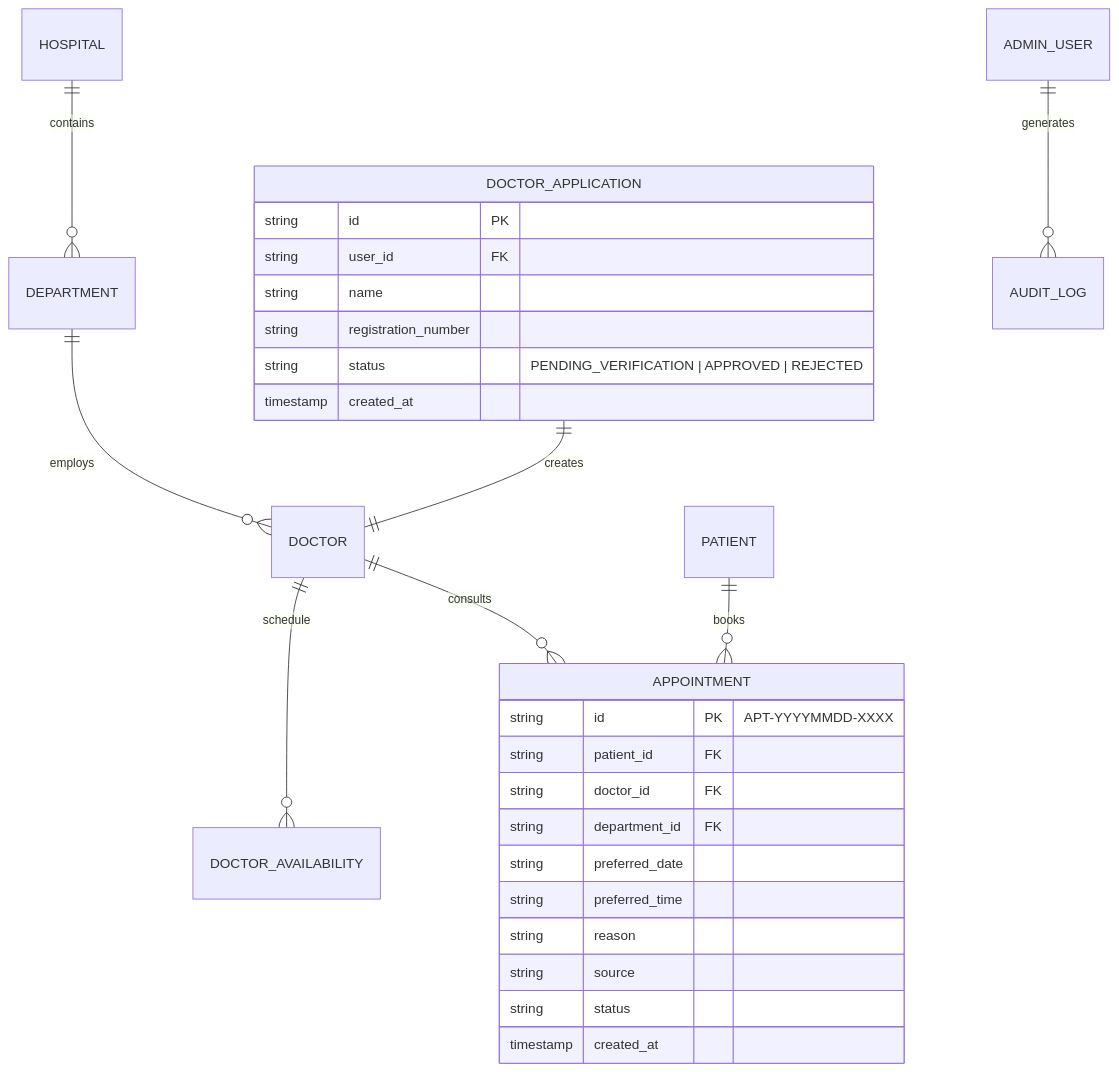
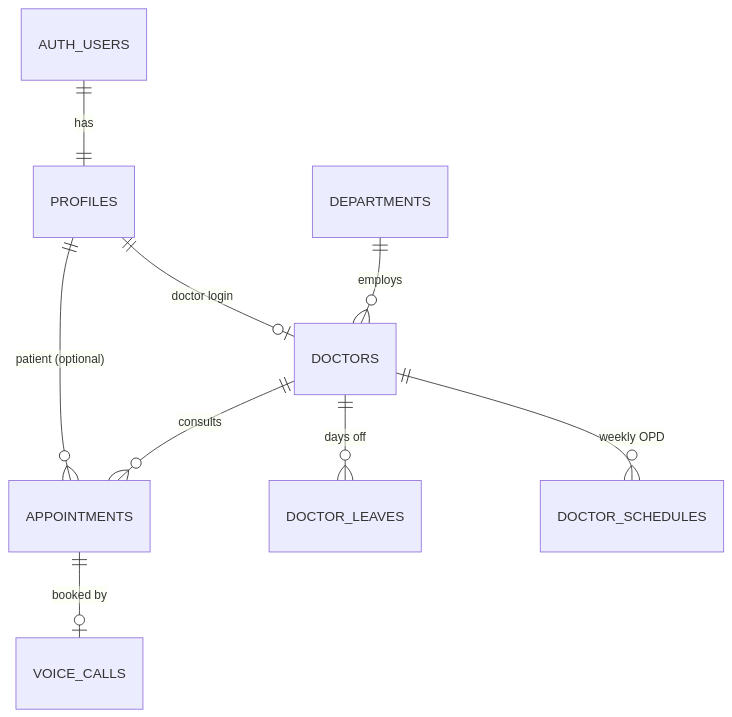
The diagram in DATABASE.md (Anushreetc/hospital-digital-platform), drawn with Mermaid before and after one commit. The commit also changed other lines of this file and 142 other files, not shown here.

Commit message:
Deploy updated hospital platform with voice assistant fix and staff/patient portals

````diff
--- a/DATABASE.md
+++ b/DATABASE.md
@@ -5,32 +7,11 @@
 ```mermaid
 erDiagram
-    HOSPITAL ||--o{ DEPARTMENT : contains
-    DEPARTMENT ||--o{ DOCTOR : employs
-    DOCTOR ||--o{ DOCTOR_AVAILABILITY : schedule
-    PATIENT ||--o{ APPOINTMENT : books
-    DOCTOR ||--o{ APPOINTMENT : consults
-    DOCTOR_APPLICATION ||--|| DOCTOR : creates
-    ADMIN_USER ||--o{ AUDIT_LOG : generates
-
-    APPOINTMENT {
-        string id PK "APT-YYYYMMDD-XXXX"
-        string patient_id FK
-        string doctor_id FK
-        string department_id FK
-        string preferred_date
-        string preferred_time
-        string reason
-        string source
-        string status
-        timestamp created_at
-    }
-
-    DOCTOR_APPLICATION {
-        string id PK
-        string user_id FK
-        string name
-        string registration_number
-        string status "PENDING_VERIFICATION | APPROVED | REJECTED"
-        timestamp created_at
-    }
+    AUTH_USERS ||--|| PROFILES : has
+    PROFILES ||--o| DOCTORS : "doctor login"
+    DEPARTMENTS ||--o{ DOCTORS : employs
+    DOCTORS ||--o{ DOCTOR_SCHEDULES : "weekly OPD"
+    DOCTORS ||--o{ DOCTOR_LEAVES : "days off"
+    DOCTORS ||--o{ APPOINTMENTS : consults
+    PROFILES ||--o{ APPOINTMENTS : "patient (optional)"
+    APPOINTMENTS ||--o| VOICE_CALLS : "booked by"
 ```
````
